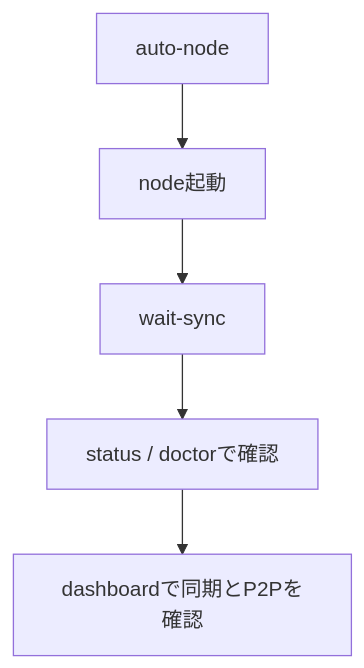
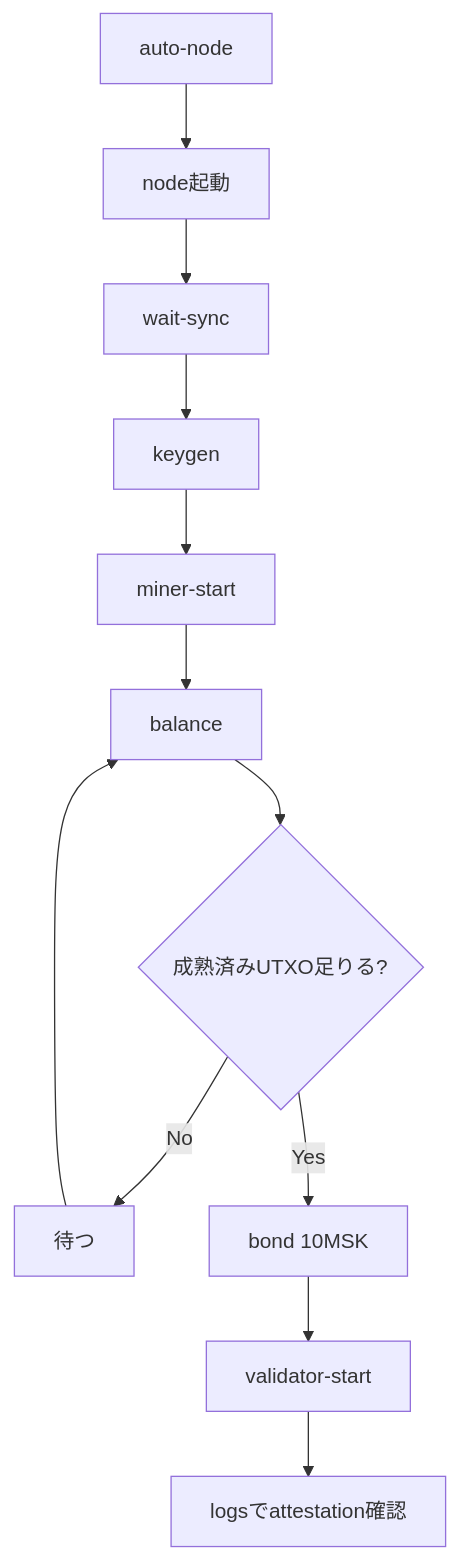
The diagram in contrib/local-desktop-join/README-ja.md (MISAKA-BTC/misakas), drawn with Mermaid before and after one commit. The commit also changed other lines of this file and 11 other files, not shown here.

````diff
--- a/contrib/local-desktop-join/README-ja.md
+++ b/contrib/local-desktop-join/README-ja.md
@@ -253,7 +290,14 @@
 ```mermaid
 flowchart TD
   A["auto-node"] --> B["node起動"]
   B --> C["wait-sync"]
-  C --> D["status / doctorで確認"]
-  D --> E["dashboardで同期とP2Pを確認"]
+  C --> D["keygen"]
+  D --> E["miner-start"]
+  E --> F["balance"]
+  F --> G{"成熟済みUTXO足りる?"}
+  G -->|"No"| H["待つ"]
+  H --> F
+  G -->|"Yes"| I["bond 10MSK"]
+  I --> J["validator-start"]
+  J --> K["logsでattestation確認"]
 ```
````
